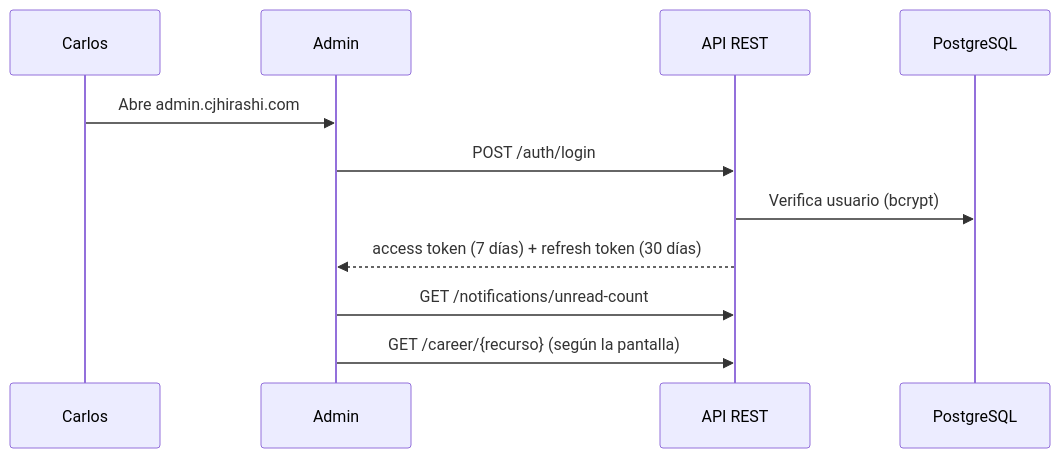
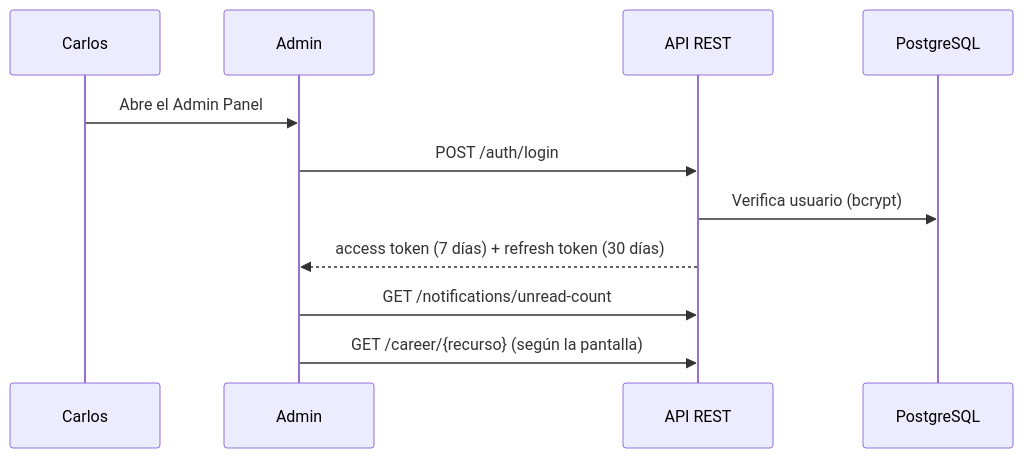
One commit to cjhirashi/cjhirashi-career changed the second of 8 diagrams in docs/06-RUNTIME-VIEW.md. Above: the diagram before and after it, drawn with Mermaid. The commit also changed other lines of this file and 19 other files, not shown here.

````diff
--- a/docs/06-RUNTIME-VIEW.md
+++ b/docs/06-RUNTIME-VIEW.md
@@ -44,14 +44,14 @@
 ```mermaid
 sequenceDiagram
     participant C as Carlos
     participant A as Admin
     participant API as API REST
     participant DB as PostgreSQL
 
-    C->>A: Abre admin.cjhirashi.com
+    C->>A: Abre el Admin Panel
     A->>API: POST /auth/login
     API->>DB: Verifica usuario (bcrypt)
     API-->>A: access token (7 días) + refresh token (30 días)
     A->>API: GET /notifications/unread-count
     A->>API: GET /career/{recurso} (según la pantalla)
 ```
````
